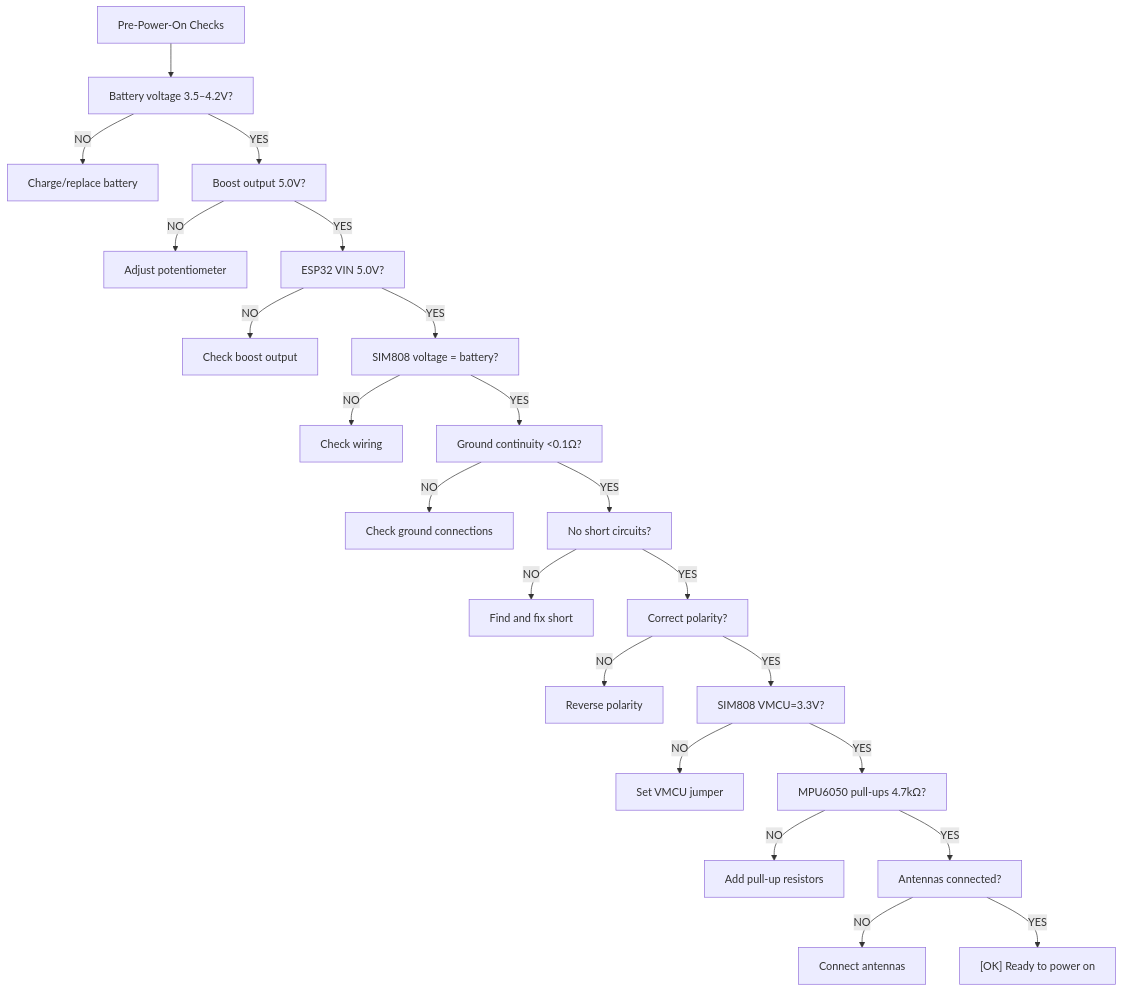
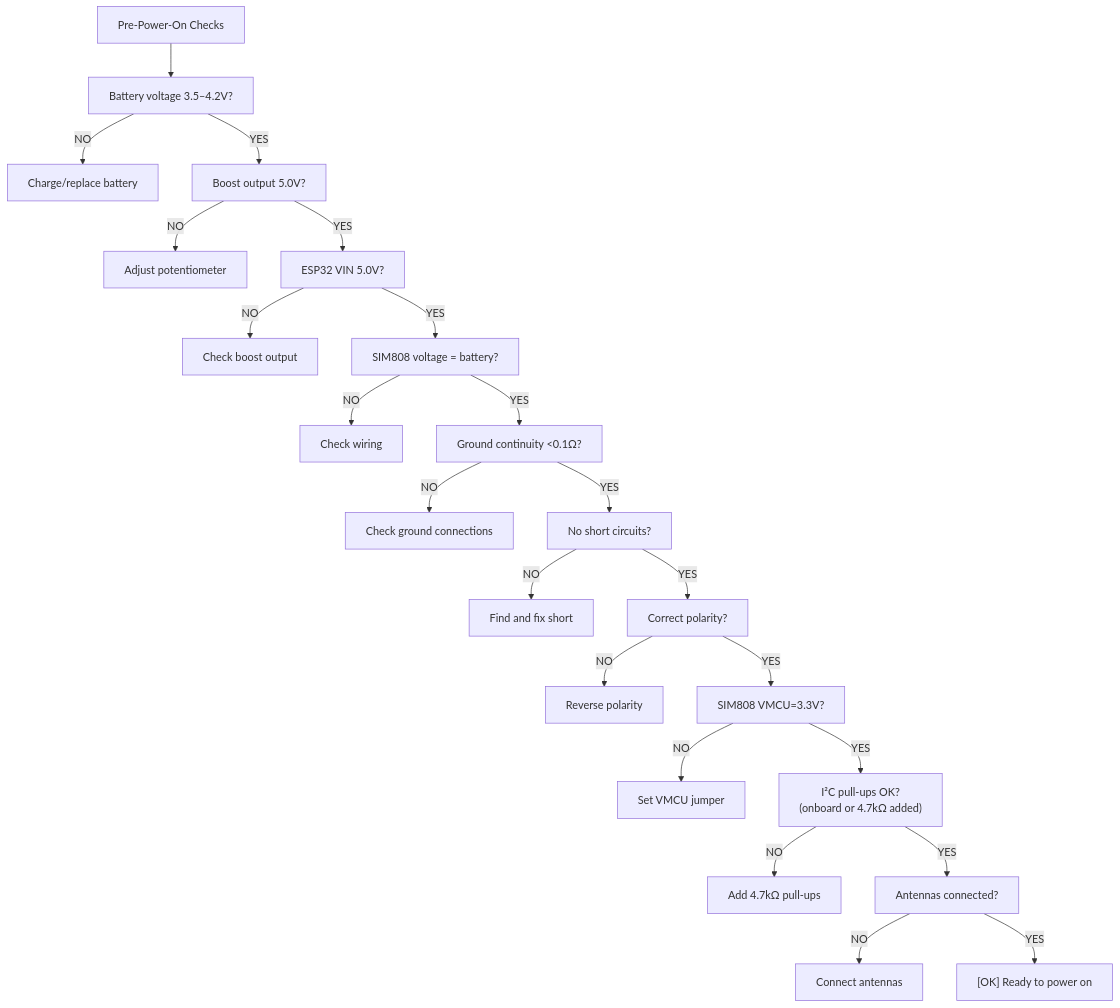
The seventh of 7 diagrams in docs/WIRING.md (qppd/smart-vehicle-impact-detection-device), drawn with Mermaid before and after one commit. The commit also changed other lines of this file and 10 other files, not shown here.

````diff
--- a/docs/WIRING.md
+++ b/docs/WIRING.md
@@ -263,24 +301,24 @@
 ```mermaid
 flowchart TD
     A["Pre-Power-On Checks"] --> B["Battery voltage 3.5–4.2V?"]
     B -->|NO| FIXB["Charge/replace battery"]
     B -->|YES| C["Boost output 5.0V?"]
     C -->|NO| ADJ["Adjust potentiometer"]
     C -->|YES| D["ESP32 VIN 5.0V?"]
     D -->|NO| CHECK["Check boost output"]
     D -->|YES| E["SIM808 voltage = battery?"]
     E -->|NO| CHECK2["Check wiring"]
     E -->|YES| F["Ground continuity <0.1Ω?"]
     F -->|NO| FIXG["Check ground connections"]
     F -->|YES| G["No short circuits?"]
     G -->|NO| FIXS["Find and fix short"]
     G -->|YES| H["Correct polarity?"]
     H -->|NO| FIXP["Reverse polarity"]
     H -->|YES| I["SIM808 VMCU=3.3V?"]
     I -->|NO| SET["Set VMCU jumper"]
-    I -->|YES| J["MPU6050 pull-ups 4.7kΩ?"]
-    J -->|NO| ADDP["Add pull-up resistors"]
+    I -->|YES| J["I²C pull-ups OK?<br/>(onboard or 4.7kΩ added)"]
+    J -->|NO| ADDP["Add 4.7kΩ pull-ups"]
     J -->|YES| K["Antennas connected?"]
     K -->|NO| CONN["Connect antennas"]
     K -->|YES| READY["[OK] Ready to power on"]
 ```
````
